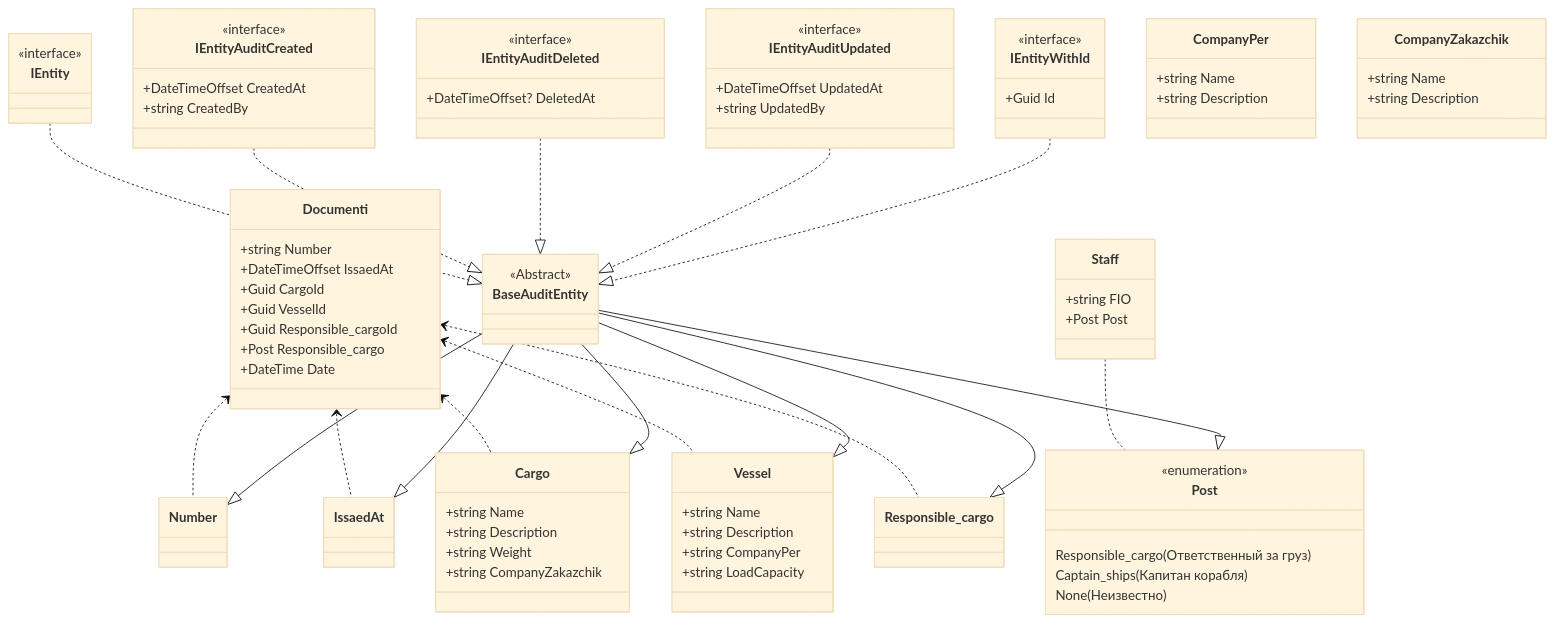
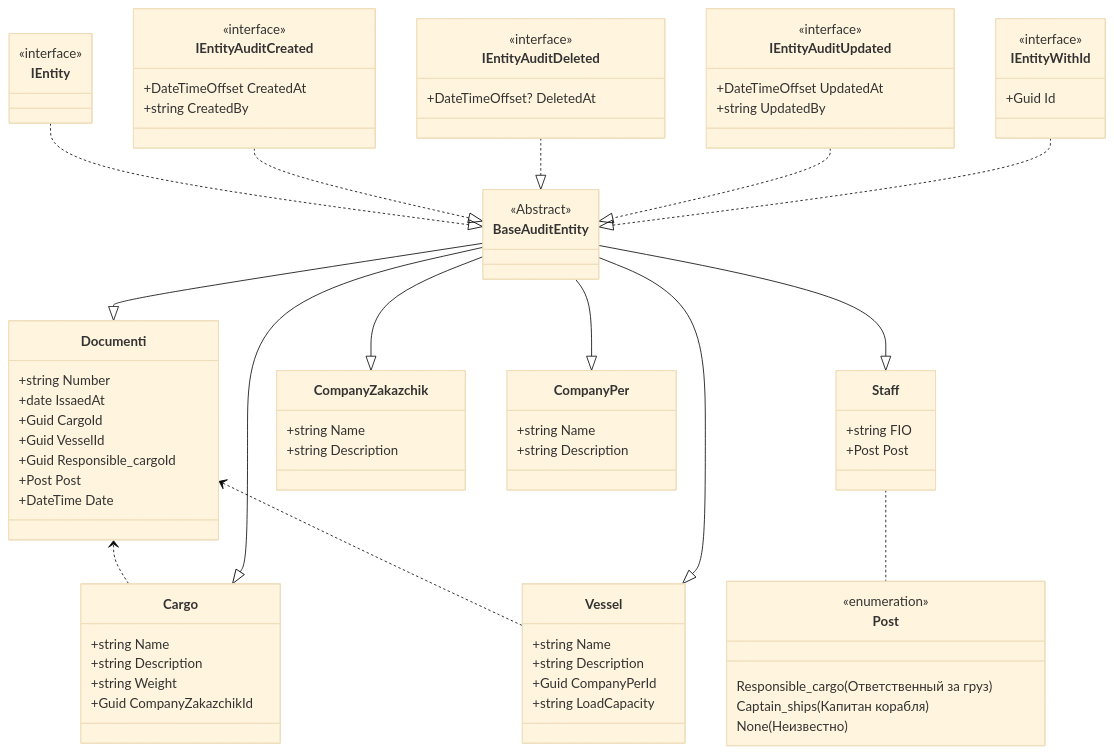
Before and after one commit to AlexanderKisel/PortKisel: the diagram in README.md, drawn with Mermaid (base theme).

````diff
--- a/README.md
+++ b/README.md
@@ -4,17 +4,14 @@
 ```mermaid
     classDiagram
-    Documenti <.. Number
-    Documenti <.. IssaedAt
     Documenti <.. Cargo
     Documenti <.. Vessel
-    Documenti <.. Responsible_cargo
     Staff .. Post
-    BaseAuditEntity --|> Number
-    BaseAuditEntity --|> IssaedAt
     BaseAuditEntity --|> Cargo
     BaseAuditEntity --|> Vessel
-    BaseAuditEntity --|> Responsible_cargo
-    BaseAuditEntity --|> Post
+    BaseAuditEntity --|> Documenti
+    BaseAuditEntity --|> CompanyZakazchik
+    BaseAuditEntity --|> CompanyPer
+    BaseAuditEntity --|> Staff
     IEntity ..|> BaseAuditEntity
     IEntityAuditCreated ..|> BaseAuditEntity
     IEntityAuditDeleted ..|> BaseAuditEntity
@@ -45,7 +42,7 @@
         +string Name
         +string Description
         +string Weight
-        +string CompanyZakazchik
+        +Guid CompanyZakazchikId
     }
     class CompanyPer{
         +string Name
@@ -58,7 +55,7 @@
     class Vessel {
         +string Name
         +string Description
-        +string CompanyPer
+        +Guid CompanyPerId
         +string LoadCapacity
     }
 
@@ -68,11 +65,11 @@
     }
     class Documenti {
         +string Number
-        +DateTimeOffset IssaedAt
+        +date IssaedAt
         +Guid CargoId 
         +Guid VesselId
         +Guid Responsible_cargoId
-        +Post Responsible_cargo
+        +Post Post
         +DateTime Date
     }
     class Post {
````
